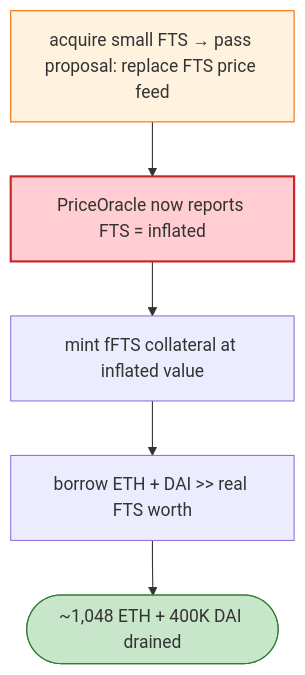
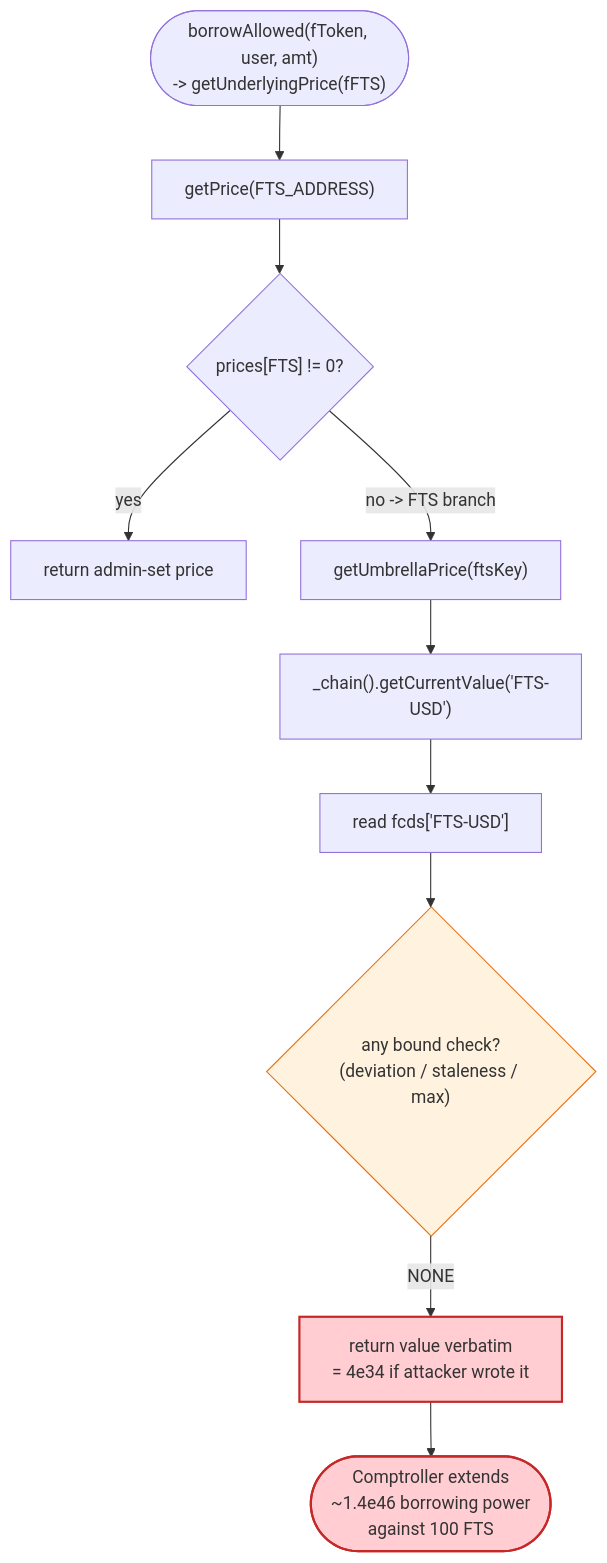
One commit to sanbir/evm-hack-registry changed the third of 4 diagrams in 2022-05-FortressLoans_exp/FortressLoans_exp.md. Above: the diagram before and after it, drawn with Mermaid. The commit also changed other lines of this file and 52 other files, not shown here.

````diff
--- a/2022-05-FortressLoans_exp/FortressLoans_exp.md
+++ b/2022-05-FortressLoans_exp/FortressLoans_exp.md
@@ -46,11 +439,16 @@
 ```mermaid
 flowchart TD
-    G["acquire small FTS → pass proposal: replace FTS price feed"] --> O["PriceOracle now reports FTS = inflated"]
-    O --> M["mint fFTS collateral at inflated value"]
-    M --> B["borrow ETH + DAI >> real FTS worth"]
-    B --> OUT(["~1,048 ETH + 400K DAI drained"])
+    Call(["borrowAllowed(fToken, user, amt)<br/>-> getUnderlyingPrice(fFTS)"]) --> GetPrice["getPrice(FTS_ADDRESS)"]
+    GetPrice --> C{"prices[FTS] != 0?"}
+    C -- "yes" --> Direct["return admin-set price"]
+    C -- "no -> FTS branch" --> Umb["getUmbrellaPrice(ftsKey)"]
+    Umb --> ChainCall["_chain().getCurrentValue('FTS-USD')"]
+    ChainCall --> Map["read fcds['FTS-USD']"]
+    Map --> Bound{"any bound check?<br/>(deviation / staleness / max)"}
+    Bound -- "NONE" --> ReturnRaw["return value verbatim<br/>= 4e34 if attacker wrote it"]
+    ReturnRaw --> Borrow(["Comptroller extends<br/>~1.4e46 borrowing power<br/>against 100 FTS"])
 
-    style G fill:#fff3e0,stroke:#ef6c00
-    style O fill:#ffcdd2,stroke:#c62828,stroke-width:2px
-    style OUT fill:#c8e6c9,stroke:#2e7d32
+    style Bound fill:#fff3e0,stroke:#ef6c00
+    style ReturnRaw fill:#ffcdd2,stroke:#c62828,stroke-width:2px
+    style Borrow fill:#ffcdd2,stroke:#c62828,stroke-width:2px
 ```
````
